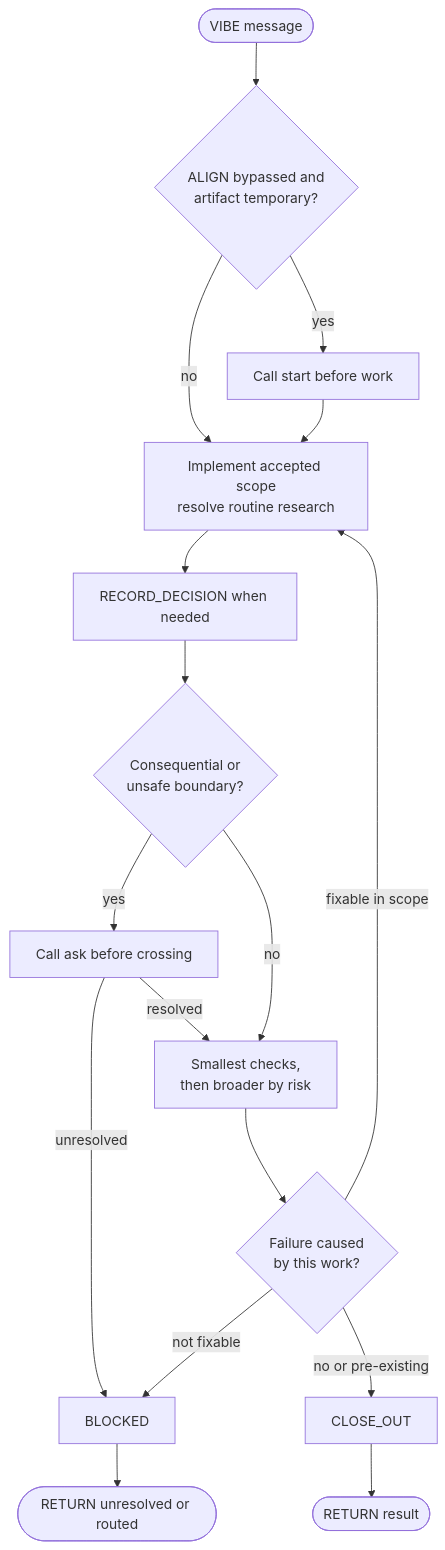
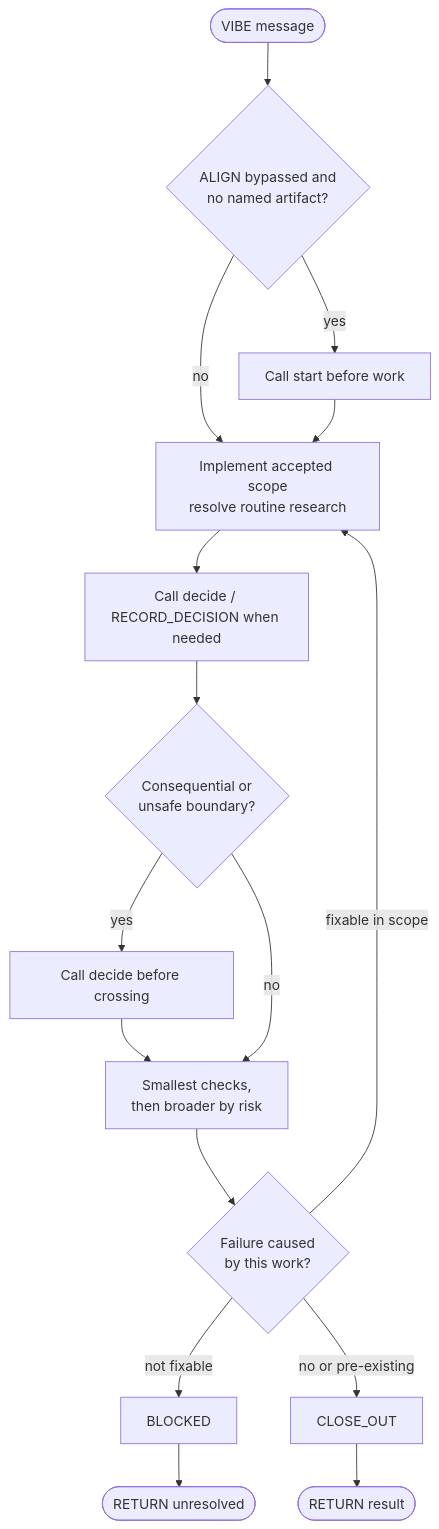
The sixth of 12 diagrams in docs/AGENT-WORKFLOW-DIAGRAMS.md (dhumdil-apps/pi-director), drawn with Mermaid before and after one commit. The commit also changed other lines of this file and 12 other files, not shown here.

````diff
--- a/docs/AGENT-WORKFLOW-DIAGRAMS.md
+++ b/docs/AGENT-WORKFLOW-DIAGRAMS.md
@@ -137,19 +138,18 @@
 ```mermaid
 flowchart TD
-    Enter([VIBE message]) --> Prep{ALIGN bypassed and<br/>artifact temporary?}
+    Enter([VIBE message]) --> Prep{ALIGN bypassed and<br/>no named artifact?}
     Prep -- yes --> Start[Call start before work]
     Prep -- no --> Implement
     Start --> Implement[Implement accepted scope<br/>resolve routine research]
-    Implement --> Decision[RECORD_DECISION when needed]
+    Implement --> Decision[Call decide / RECORD_DECISION when needed]
     Decision --> Boundary{Consequential or<br/>unsafe boundary?}
-    Boundary -- yes --> Ask[Call ask before crossing]
-    Ask -- unresolved --> Blocked[BLOCKED]
-    Ask -- resolved --> Checks
+    Boundary -- yes --> Decide[Call decide before crossing]
+    Decide --> Checks
     Boundary -- no --> Checks[Smallest checks,<br/>then broader by risk]
     Checks --> Failure{Failure caused<br/>by this work?}
     Failure -- fixable in scope --> Implement
-    Failure -- not fixable --> Blocked
+    Failure -- not fixable --> Blocked[BLOCKED]
     Failure -- no or pre-existing --> Close[CLOSE_OUT]
-    Blocked --> Stop([RETURN unresolved or routed])
+    Blocked --> Stop([RETURN unresolved])
     Close --> Done([RETURN result])
 ```
````
